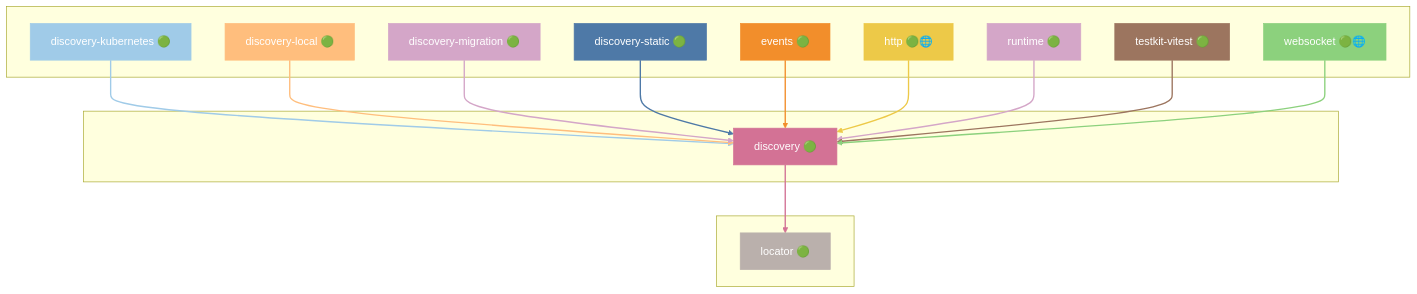
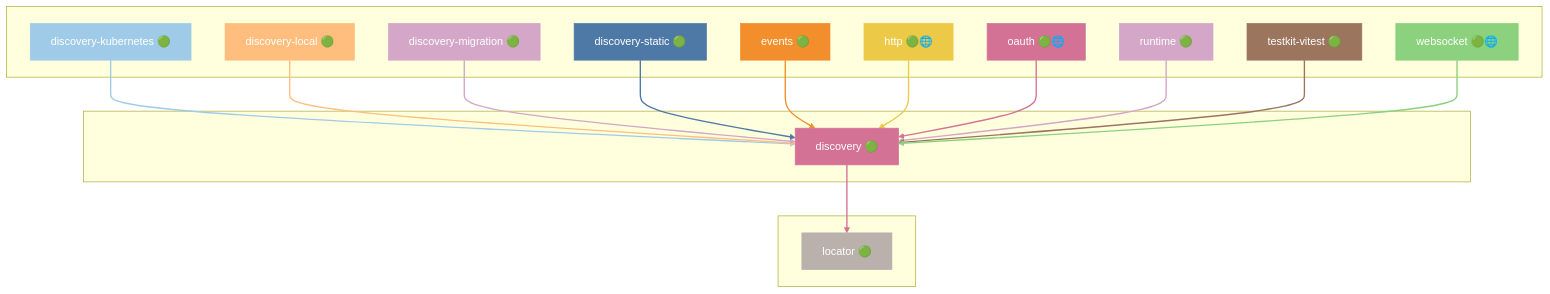
One commit to grest-ts/grest-ts changed diagram 16 of 49 in docs/DEPENDENCIES.md. Above: the diagram before and after it, drawn with Mermaid. The commit also changed other lines of this file and 31 other files, not shown here.

````diff
--- a/docs/DEPENDENCIES.md
+++ b/docs/DEPENDENCIES.md
@@ -975,51 +985,55 @@
 ```mermaid
 flowchart TB
     subgraph Dependents[" "]
         discovery-kubernetes["discovery-kubernetes 🟢"]
         discovery-local["discovery-local 🟢"]
         discovery-migration["discovery-migration 🟢"]
         discovery-static["discovery-static 🟢"]
         events["events 🟢"]
         http["http 🟢🌐"]
+        oauth["oauth 🟢🌐"]
         runtime["runtime 🟢"]
         testkit-vitest["testkit-vitest 🟢"]
         websocket["websocket 🟢🌐"]
     end
     subgraph Package[" "]
         discovery["discovery 🟢"]
     end
     subgraph Dependencies[" "]
         locator["locator 🟢"]
     end
     discovery-kubernetes --> discovery
     discovery-local --> discovery
     discovery-migration --> discovery
     discovery-static --> discovery
     events --> discovery
     http --> discovery
+    oauth --> discovery
     runtime --> discovery
     testkit-vitest --> discovery
     websocket --> discovery
     discovery --> locator
     style discovery fill:#D37295,stroke:#D37295,color:#fff
     style discovery-kubernetes fill:#A0CBE8,stroke:#A0CBE8,color:#fff
     style discovery-local fill:#FFBE7D,stroke:#FFBE7D,color:#fff
     style discovery-migration fill:#D4A6C8,stroke:#D4A6C8,color:#fff
     style discovery-static fill:#4E79A7,stroke:#4E79A7,color:#fff
     style events fill:#F28E2B,stroke:#F28E2B,color:#fff
     style http fill:#EDC948,stroke:#EDC948,color:#fff
+    style oauth fill:#D37295,stroke:#D37295,color:#fff
     style runtime fill:#D4A6C8,stroke:#D4A6C8,color:#fff
     style testkit-vitest fill:#9C755F,stroke:#9C755F,color:#fff
     style websocket fill:#8CD17D,stroke:#8CD17D,color:#fff
     style locator fill:#BAB0AC,stroke:#BAB0AC,color:#fff
     linkStyle 0 stroke:#A0CBE8,stroke-width:2px
     linkStyle 1 stroke:#FFBE7D,stroke-width:2px
     linkStyle 2 stroke:#D4A6C8,stroke-width:2px
     linkStyle 3 stroke:#4E79A7,stroke-width:2px
     linkStyle 4 stroke:#F28E2B,stroke-width:2px
     linkStyle 5 stroke:#EDC948,stroke-width:2px
-    linkStyle 6 stroke:#D4A6C8,stroke-width:2px
-    linkStyle 7 stroke:#9C755F,stroke-width:2px
-    linkStyle 8 stroke:#8CD17D,stroke-width:2px
-    linkStyle 9 stroke:#D37295,stroke-width:2px
+    linkStyle 6 stroke:#D37295,stroke-width:2px
+    linkStyle 7 stroke:#D4A6C8,stroke-width:2px
+    linkStyle 8 stroke:#9C755F,stroke-width:2px
+    linkStyle 9 stroke:#8CD17D,stroke-width:2px
+    linkStyle 10 stroke:#D37295,stroke-width:2px
 ```
````
